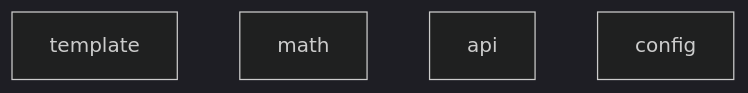
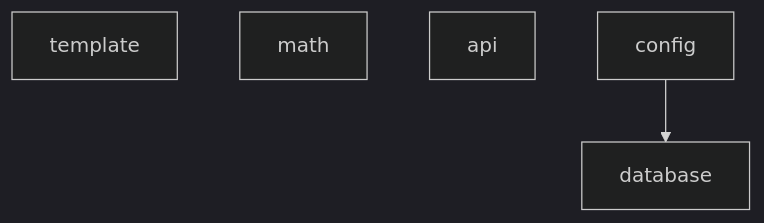
The diagram in docs/server.mmd (gradus-fit/gradus), drawn with Mermaid (dark theme) before and after one commit. The commit also changed 9 other files, not shown here.

```diff
--- a/docs/server.mmd
+++ b/docs/server.mmd
@@ -1,5 +1,8 @@
 flowchart TB
     template["template"]
     math["math"]
     api["api"]
     config["config"]
+    database["database"]
+
+    config --> database
```
